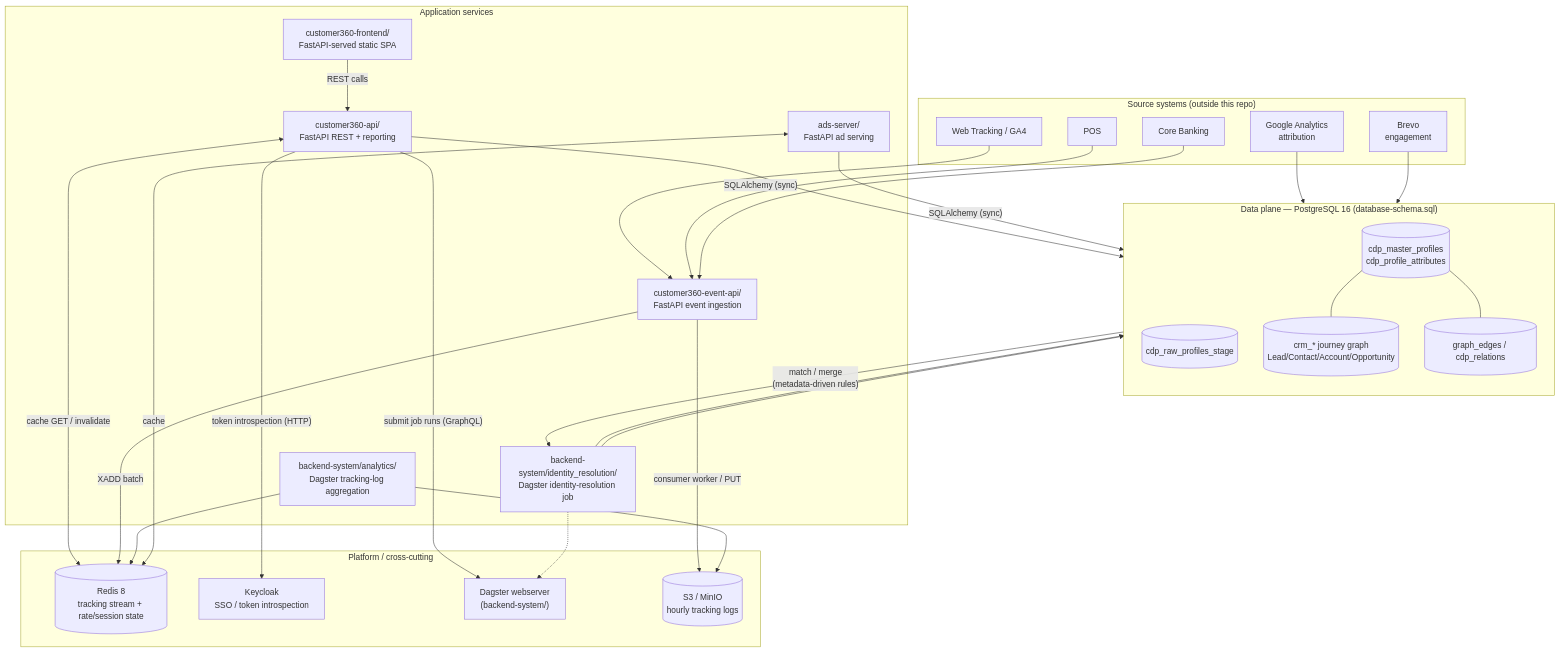
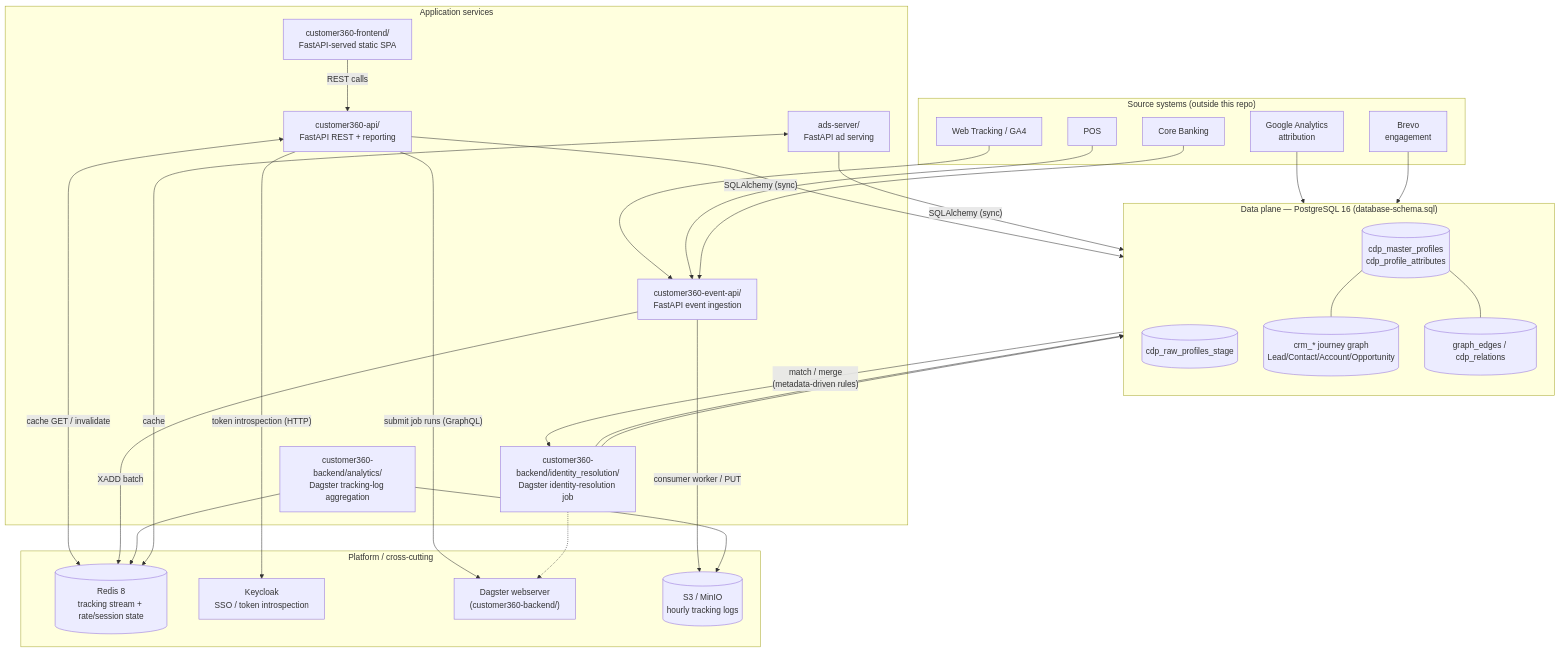
One commit to LEO-CDP/leo-customer360 changed the diagram in docs/architecture/TECHNICAL-DOCUMENTATION.md. Above: the diagram before and after it, drawn with Mermaid. The commit also changed other lines of this file and 237 other files, not shown here.

Commit message:
refactoring, rename backend-system to customer360-backend

````diff
--- a/docs/architecture/TECHNICAL-DOCUMENTATION.md
+++ b/docs/architecture/TECHNICAL-DOCUMENTATION.md
@@ -49,60 +49,60 @@
 ```mermaid
 flowchart TB
     subgraph SOURCES["Source systems (outside this repo)"]
         AF[Google Analytics\nattribution]
         ME[Brevo\nengagement]
         WT[Web Tracking / GA4]
         POS[POS]
         CB[Core Banking]
     end
 
     subgraph DATA["Data plane — PostgreSQL 16 (database-schema.sql)"]
         direction TB
         RAW[(cdp_raw_profiles_stage)]
         MASTER[(cdp_master_profiles\ncdp_profile_attributes)]
         CRM[(crm_* journey graph\nLead/Contact/Account/Opportunity)]
         GRAPH[(graph_edges / cdp_relations)]
     end
 
     subgraph SERVICES["Application services"]
-        CIR["backend-system/identity_resolution/\nDagster identity-resolution job"]
-        ANALYTICS["backend-system/analytics/\nDagster tracking-log aggregation"]
+        CIR["customer360-backend/identity_resolution/\nDagster identity-resolution job"]
+        ANALYTICS["customer360-backend/analytics/\nDagster tracking-log aggregation"]
         API["customer360-api/\nFastAPI REST + reporting"]
         TRACK["customer360-event-api/\nFastAPI event ingestion"]
         ADS["ads-server/\nFastAPI ad serving"]
         UI["customer360-frontend/\nFastAPI-served static SPA"]
     end
 
     subgraph PLATFORM["Platform / cross-cutting"]
         REDIS[(Redis 8\ntracking stream + rate/session state)]
         KC[Keycloak\nSSO / token introspection]
-        DAGSTER["Dagster webserver\n(backend-system/)"]
+        DAGSTER["Dagster webserver\n(customer360-backend/)"]
         OBJECTS[(S3 / MinIO\nhourly tracking logs)]
     end
 
     AF --> RAW
     ME --> RAW
     WT --> TRACK
     POS --> TRACK
     CB --> TRACK
 
     RAW -- "match / merge\n(metadata-driven rules)" --> CIR
     CIR --> MASTER
     CIR --> RAW
 
     MASTER --- CRM
     MASTER --- GRAPH
 
     API -- "SQLAlchemy (sync)" --> DATA
     API <-- "cache GET / invalidate" --> REDIS
     API -- "token introspection (HTTP)" --> KC
     API -- "submit job runs (GraphQL)" --> DAGSTER
     CIR -.-> DAGSTER
     TRACK -- "XADD batch" --> REDIS
     TRACK -- "consumer worker / PUT" --> OBJECTS
     ANALYTICS --> OBJECTS
     ANALYTICS --> REDIS
     ADS -- "SQLAlchemy (sync)" --> DATA
     ADS <-- "cache" --> REDIS
     UI -- "REST calls" --> API
 ```
````
